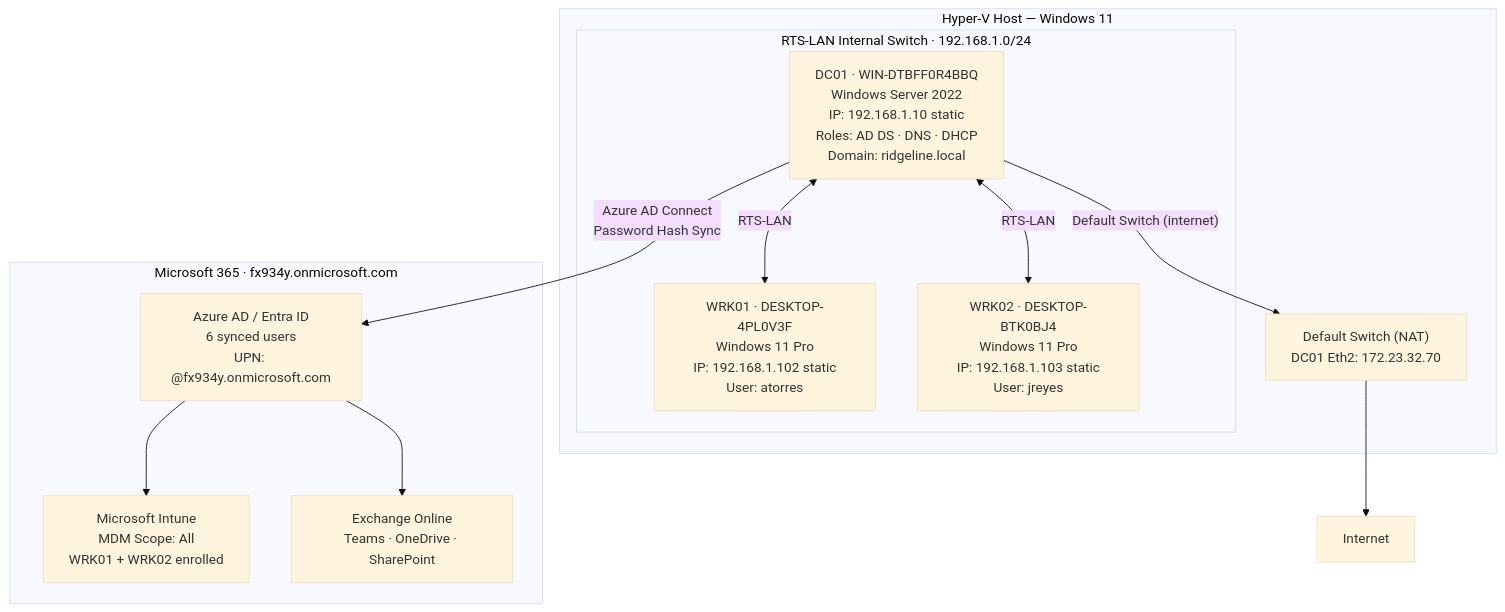
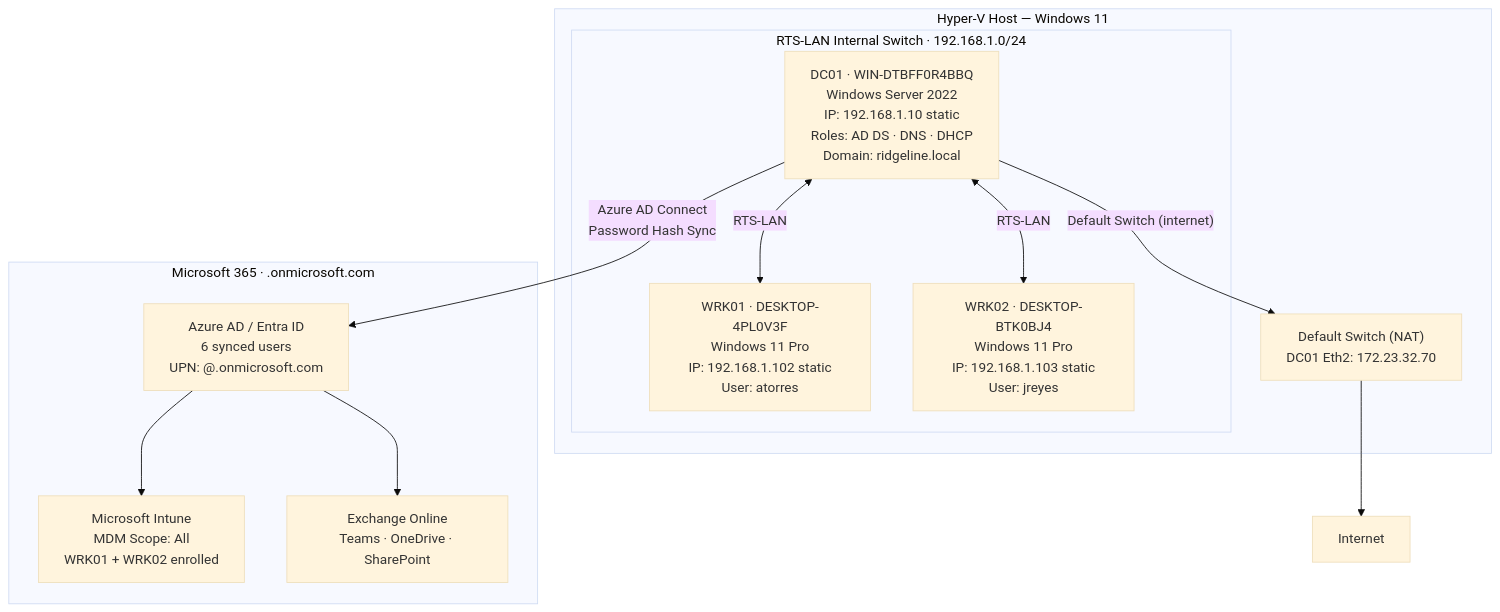
Before and after one commit to Rblea97/ridgeline-it: the diagram in docs/network-diagram.md, drawn with Mermaid (base theme). The commit also changed other lines of this file and 6 other files, not shown here.

````diff
--- a/docs/network-diagram.md
+++ b/docs/network-diagram.md
@@ -5,42 +5,42 @@
 ```mermaid
 graph TD
     subgraph Host["Hyper-V Host — Windows 11"]
         subgraph LAN["RTS-LAN Internal Switch · 192.168.1.0/24"]
             DC01["DC01 · WIN-DTBFF0R4BBQ
 Windows Server 2022
 IP: 192.168.1.10 static
 Roles: AD DS · DNS · DHCP
 Domain: ridgeline.local"]
             WRK01["WRK01 · DESKTOP-4PL0V3F
 Windows 11 Pro
 IP: 192.168.1.102 static
 User: atorres"]
             WRK02["WRK02 · DESKTOP-BTK0BJ4
 Windows 11 Pro
 IP: 192.168.1.103 static
 User: jreyes"]
         end
         NAT["Default Switch (NAT)
 DC01 Eth2: 172.23.32.70"]
     end
 
     DC01 <-->|RTS-LAN| WRK01
     DC01 <-->|RTS-LAN| WRK02
     DC01 -->|"Default Switch (internet)"| NAT
     NAT --> Internet["Internet"]
     DC01 -->|"Azure AD Connect
 Password Hash Sync"| EntraID
 
-    subgraph M365["Microsoft 365 · fx934y.onmicrosoft.com"]
+    subgraph M365["Microsoft 365 · <TENANT>.onmicrosoft.com"]
         EntraID["Azure AD / Entra ID
 6 synced users
-UPN: @fx934y.onmicrosoft.com"]
+UPN: @<TENANT>.onmicrosoft.com"]
         Intune["Microsoft Intune
 MDM Scope: All
 WRK01 + WRK02 enrolled"]
         Exchange["Exchange Online
 Teams · OneDrive · SharePoint"]
         EntraID --> Intune
         EntraID --> Exchange
     end
 ```
````
